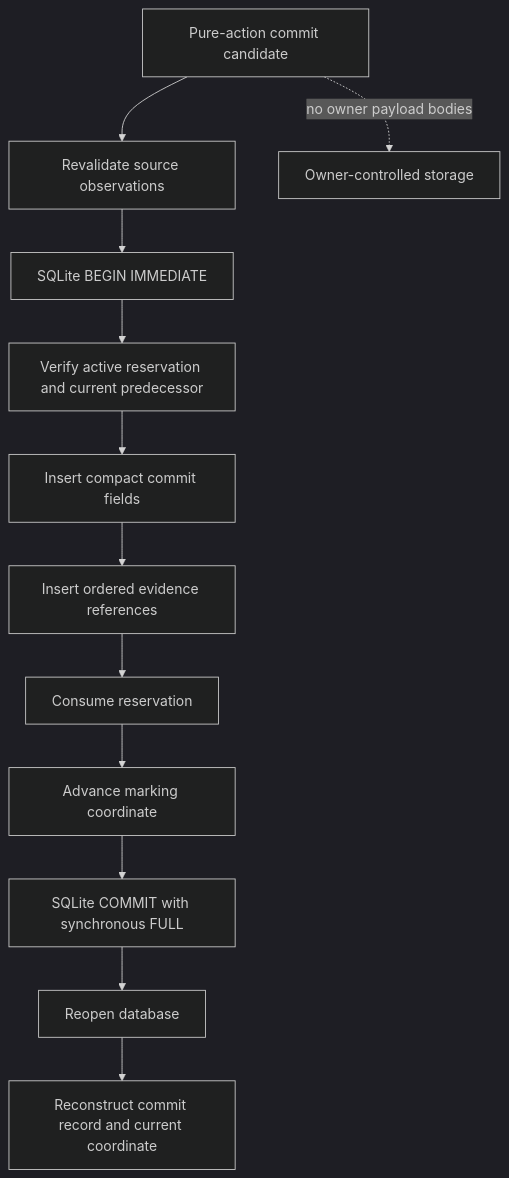
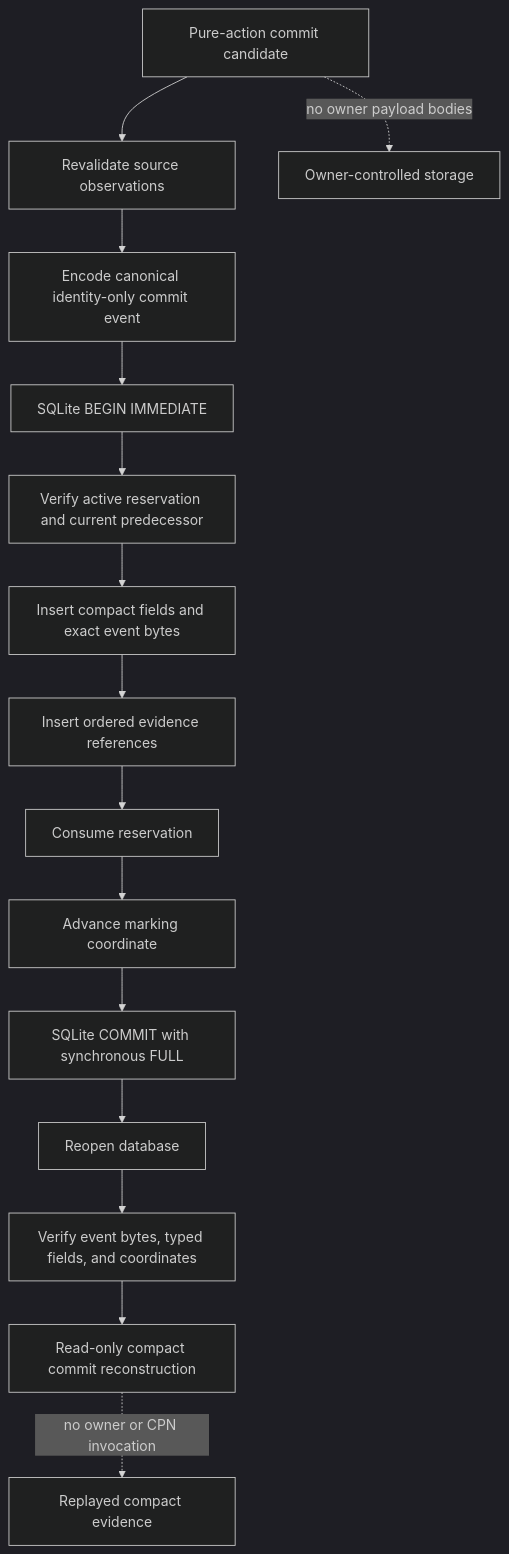
One commit to eragasa/projectkoios-workflow changed the diagram in docs/architecture/projectkoios/workflow/persistence/schematic.md. Above: the diagram before and after it, drawn with Mermaid (dark theme). The commit also changed other lines of this file and 17 other files, not shown here.

Commit message:
feat: add canonical pure-action committed replay

````diff
--- a/docs/architecture/projectkoios/workflow/persistence/schematic.md
+++ b/docs/architecture/projectkoios/workflow/persistence/schematic.md
@@ -5,16 +5,19 @@
 ```mermaid
 flowchart TD
     Command[Pure-action commit candidate] --> Revalidate[Revalidate source observations]
-    Revalidate --> Tx[SQLite BEGIN IMMEDIATE]
+    Revalidate --> Encode[Encode canonical identity-only commit event]
+    Encode --> Tx[SQLite BEGIN IMMEDIATE]
     Tx --> Check[Verify active reservation and current predecessor]
-    Check --> Commit[Insert compact commit fields]
+    Check --> Commit[Insert compact fields and exact event bytes]
     Commit --> References[Insert ordered evidence references]
     References --> Consume[Consume reservation]
     Consume --> Advance[Advance marking coordinate]
     Advance --> Durable[SQLite COMMIT with synchronous FULL]
 
     Durable --> Reopen[Reopen database]
-    Reopen --> Inspect[Reconstruct commit record and current coordinate]
+    Reopen --> Inspect[Verify event bytes, typed fields, and coordinates]
+    Inspect --> Replay[Read-only compact commit reconstruction]
 
     Command -. no owner payload bodies .-> Outside[Owner-controlled storage]
+    Replay -. no owner or CPN invocation .-> Done[Replayed compact evidence]
 ```
````
